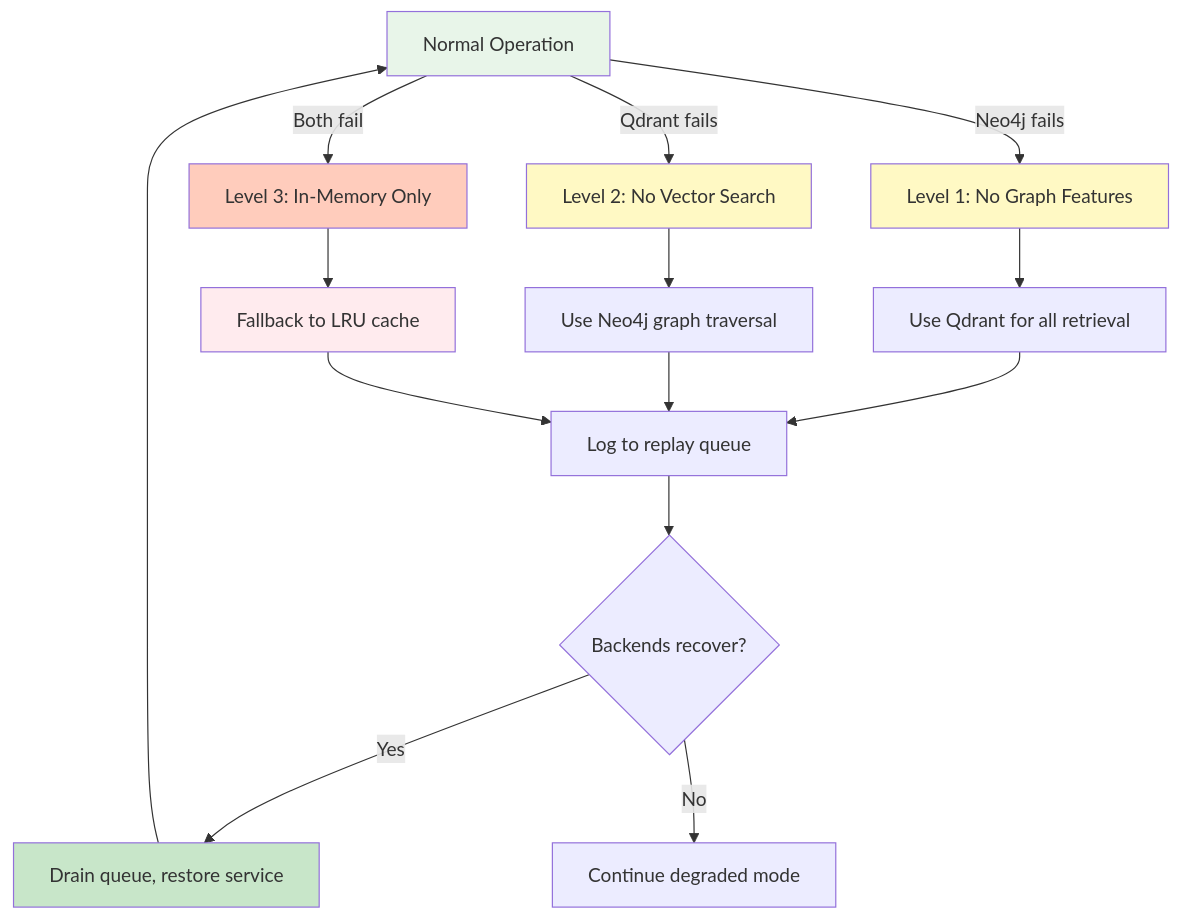
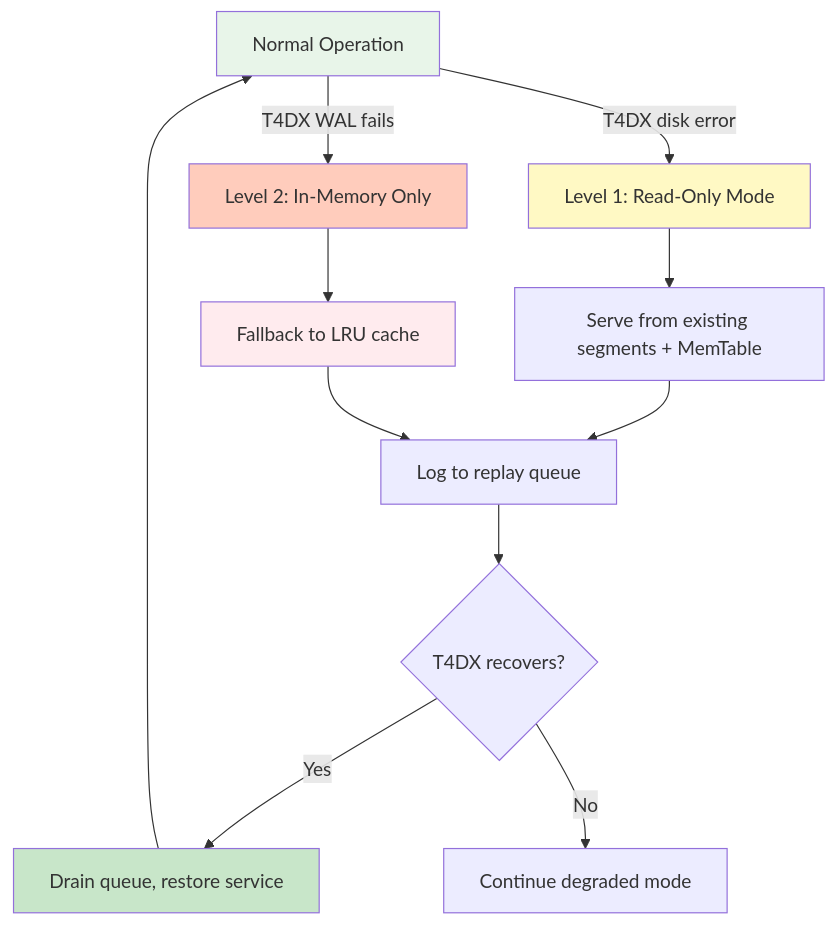
Before and after one commit to astoreyai/t4d: the fifth of 5 diagrams in docs/diagrams/storage_resilience.md, drawn with Mermaid. The commit also changed other lines of this file and 31 other files, not shown here.

````diff
--- a/docs/diagrams/storage_resilience.md
+++ b/docs/diagrams/storage_resilience.md
@@ -253,27 +166,23 @@
 ```mermaid
 graph TB
-    A[Normal Operation] -->|Neo4j fails| B[Level 1: No Graph Features]
-    A -->|Qdrant fails| C[Level 2: No Vector Search]
-    A -->|Both fail| D[Level 3: In-Memory Only]
+    A[Normal Operation] -->|T4DX disk error| B[Level 1: Read-Only Mode]
+    A -->|T4DX WAL fails| C[Level 2: In-Memory Only]
 
-    B --> E[Use Qdrant for all retrieval]
-    C --> F[Use Neo4j graph traversal]
-    D --> G[Fallback to LRU cache]
+    B --> E[Serve from existing segments + MemTable]
+    C --> F[Fallback to LRU cache]
 
     E --> H[Log to replay queue]
     F --> H
-    G --> H
 
-    H --> I{Backends recover?}
+    H --> I{T4DX recovers?}
     I -->|Yes| J[Drain queue, restore service]
     I -->|No| K[Continue degraded mode]
 
     J --> A
 
     style A fill:#e8f5e9
     style B fill:#fff9c4
-    style C fill:#fff9c4
-    style D fill:#ffccbc
-    style G fill:#ffebee
+    style C fill:#ffccbc
+    style F fill:#ffebee
     style J fill:#c8e6c9
 ```
````
